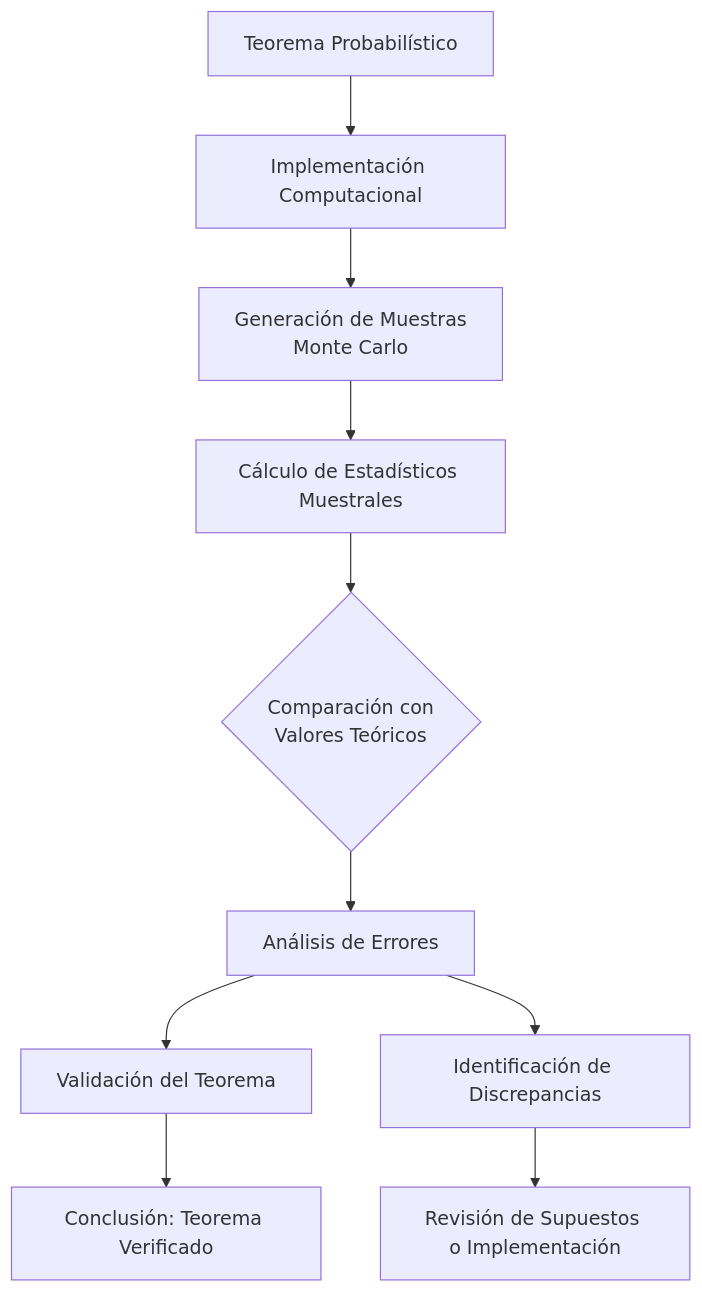
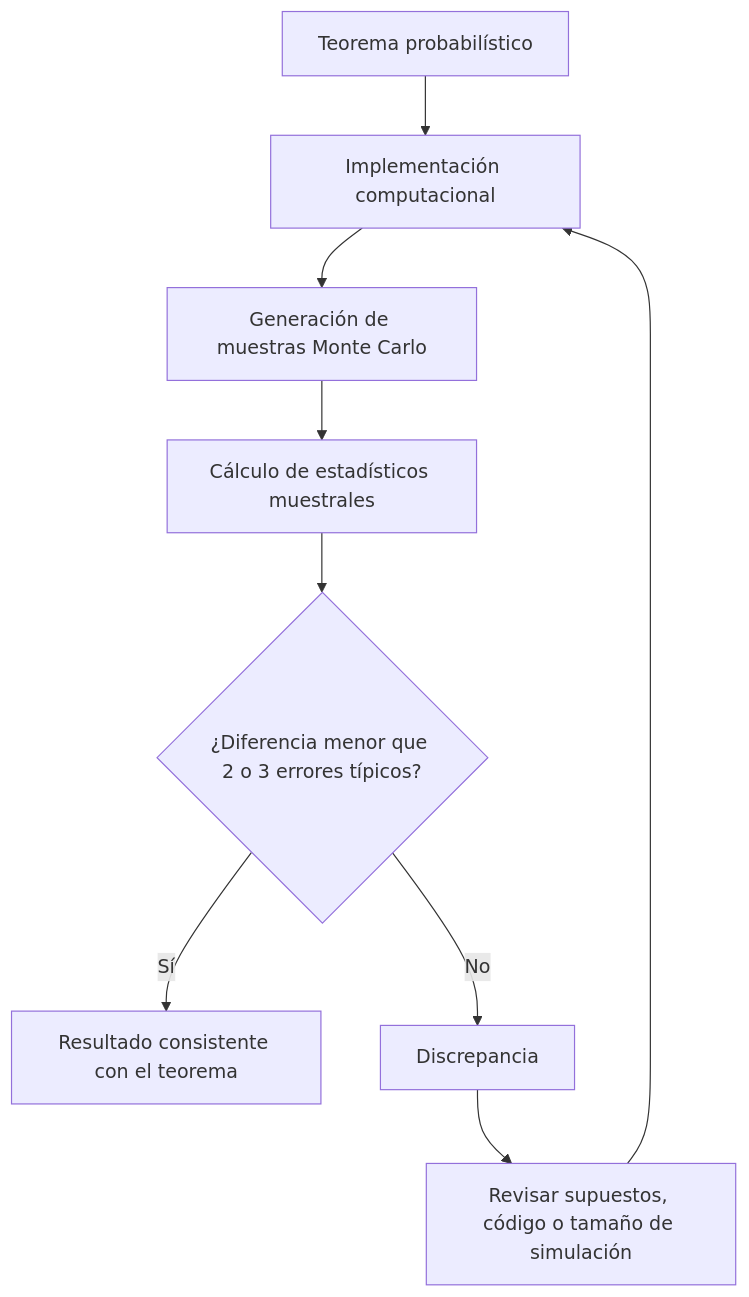
Before and after one commit to djaimej/computer-science-template: the diagram in public/documents/semester-3/4/3447.md, drawn with Mermaid. The commit also changed other lines of this file and 6 other files, not shown here.

````diff
--- a/public/documents/semester-3/4/3447.md
+++ b/public/documents/semester-3/4/3447.md
@@ -41,13 +73,11 @@
 ```mermaid
 flowchart TD
-    A[Teorema Probabilístico] --> B[Implementación Computacional]
-    B --> C[Generación de Muestras<br>Monte Carlo]
-    C --> D[Cálculo de Estadísticos Muestrales]
-    D --> E{Comparación con<br>Valores Teóricos}
-    E --> F[Análisis de Errores]
-    F --> G[Validación del Teorema]
-    F --> H[Identificación de Discrepancias]
-
-    G --> I[Conclusión: Teorema Verificado]
-    H --> J[Revisión de Supuestos o Implementación]
+    A[Teorema probabilístico] --> B[Implementación computacional]
+    B --> C[Generación de muestras Monte Carlo]
+    C --> D[Cálculo de estadísticos muestrales]
+    D --> E{"¿Diferencia menor que 2 o 3 errores típicos?"}
+    E -->|Sí| G[Resultado consistente con el teorema]
+    E -->|No| H[Discrepancia]
+    H --> J[Revisar supuestos, código o tamaño de simulación]
+    J --> B
 ```
````
